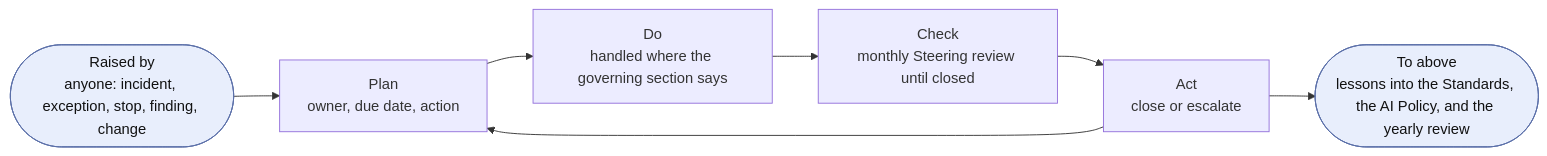
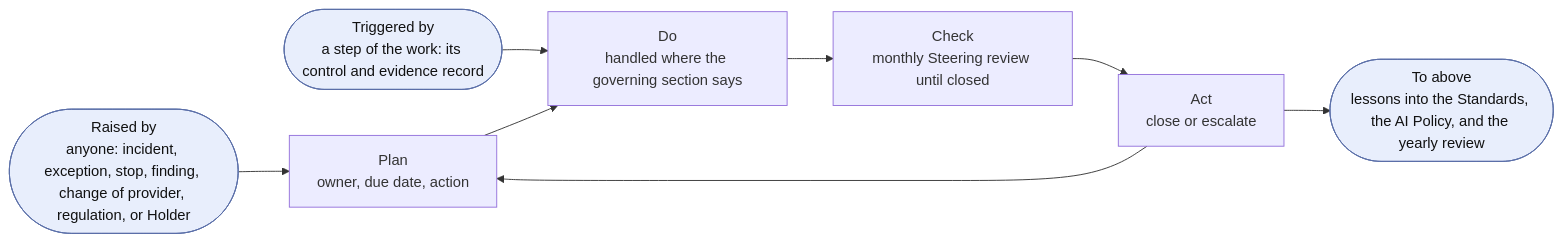
The sixth of 8 diagrams in charter/documents/operating-model.md (devhogu/ob-aicc), drawn with Mermaid before and after one commit. The commit also changed other lines of this file and 455 other files, not shown here.

First line of the commit message:
Charter and Registry at revision 2.0: the documents carry what the portal states by intent (DR-2026-062)

````diff
--- a/charter/documents/operating-model.md
+++ b/charter/documents/operating-model.md
@@ -228,7 +236,8 @@
 ```mermaid
 flowchart LR
-  IN(["Raised by<br/>anyone: incident, exception, stop, finding, change"]):::iface --> P
+  IN(["Raised by<br/>anyone: incident, exception, stop, finding, change of provider, regulation, or Holder"]):::iface --> P
+  ST(["Triggered by<br/>a step of the work: its control and evidence record"]):::iface --> D
   P["Plan<br/>owner, due date, action"] --> D["Do<br/>handled where the governing section says"] --> C["Check<br/>monthly Steering review until closed"] --> A["Act<br/>close or escalate"] --> P
   A --> OUT(["To above<br/>lessons into the Standards, the AI Policy, and the yearly review"]):::iface
   classDef iface fill:#e8eefc,stroke:#5a6fa8,color:#111
 ```
````
